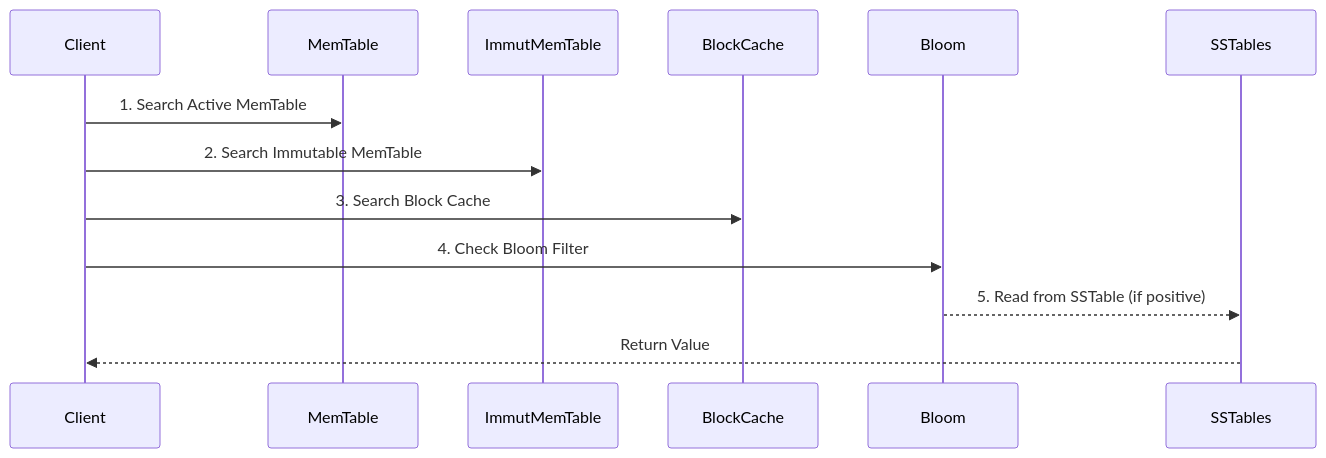
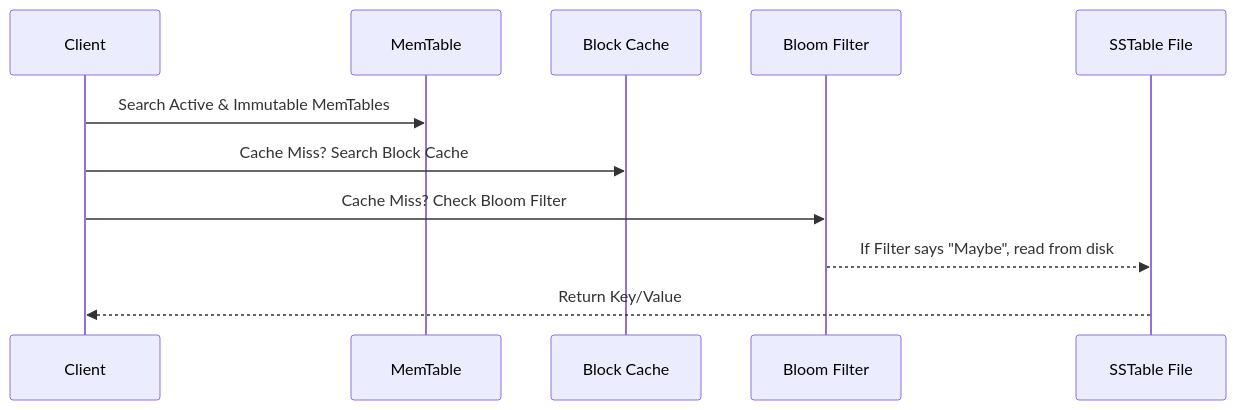
One commit to KnightKnight27/scaler-Adv-DBMS changed the third of 3 diagrams in README.md. Above: the diagram before and after it, drawn with Mermaid. The commit also changed other lines of this file, not shown here.

````diff
--- a/README.md
+++ b/README.md
@@ -48,16 +56,14 @@
 ```mermaid
 sequenceDiagram
     participant Client
     participant MemTable
-    participant ImmutMemTable
-    participant BlockCache
-    participant Bloom
-    participant Disk as SSTables
+    participant BlockCache as Block Cache
+    participant Bloom as Bloom Filter
+    participant Disk as SSTable File
 
-    Client->>MemTable: 1. Search Active MemTable
-    Client->>ImmutMemTable: 2. Search Immutable MemTable
-    Client->>BlockCache: 3. Search Block Cache
-    Client->>Bloom: 4. Check Bloom Filter
-    Bloom-->>Disk: 5. Read from SSTable (if positive)
-    Disk-->>Client: Return Value
+    Client->>MemTable: Search Active & Immutable MemTables
+    Client->>BlockCache: Cache Miss? Search Block Cache
+    Client->>Bloom: Cache Miss? Check Bloom Filter
+    Bloom-->>Disk: If Filter says "Maybe", read from disk
+    Disk-->>Client: Return Key/Value
 ```
````
